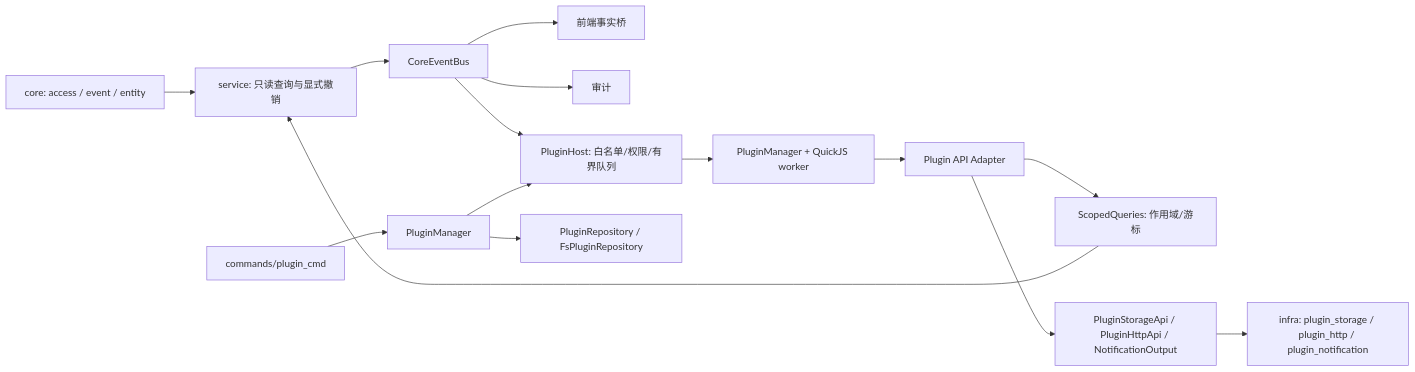
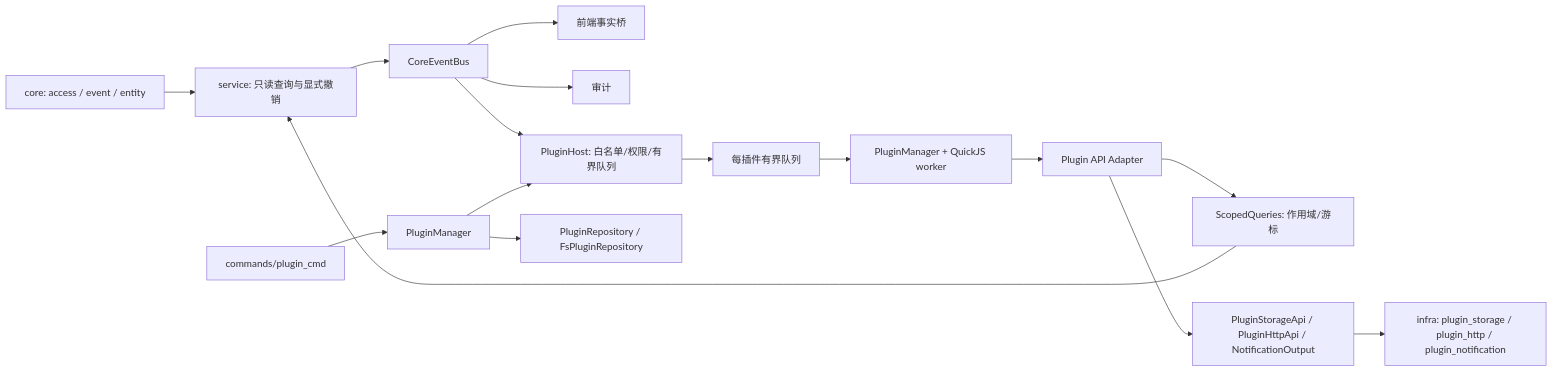
One commit to dongzhuo375/Hinina changed the diagram in doc/plugin/architecture.md. Above: the diagram before and after it, drawn with Mermaid. The commit also changed other lines of this file and 3 other files, not shown here.

````diff
--- a/doc/plugin/architecture.md
+++ b/doc/plugin/architecture.md
@@ -19,17 +19,18 @@
 ```mermaid
 flowchart LR
   Core[core: access / event / entity] --> Service[service: 只读查询与显式撤销]
   Service --> Bus[CoreEventBus]
   Bus --> Frontend[前端事实桥]
   Bus --> Audit[审计]
   Bus --> Host[PluginHost: 白名单/权限/有界队列]
-  Host --> Runtime[PluginManager + QuickJS worker]
+  Host --> Queue[每插件有界队列]
+  Queue --> Runtime[PluginManager + QuickJS worker]
   Runtime --> API[Plugin API Adapter]
   API --> Query[ScopedQueries: 作用域/游标]
   Query --> Service
   API --> Ports[PluginStorageApi / PluginHttpApi / NotificationOutput]
   Ports --> Infra[infra: plugin_storage / plugin_http / plugin_notification]
   Command[commands/plugin_cmd] --> Manager[PluginManager]
   Manager --> Host
   Manager --> Repository[PluginRepository / FsPluginRepository]
 ```
````
